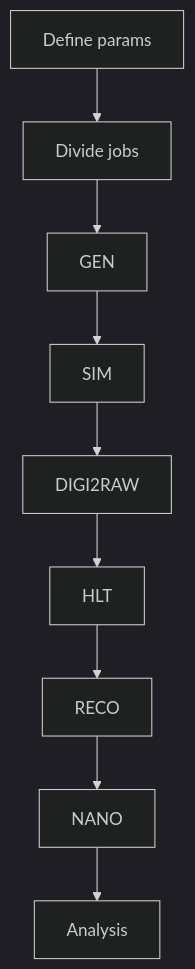
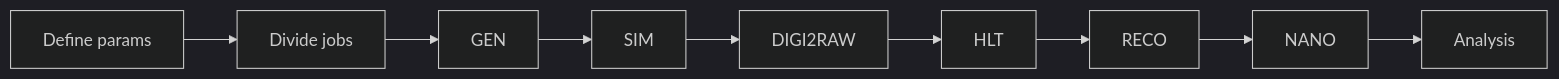
Before and after one commit to cms-opendata-workshop/tutorial-lesson-full-simulation-cloud-infomaniak: the first of 2 diagrams in content/episodes/01-introduction/index.md, drawn with Mermaid (dark theme). The commit also changed other lines of this file and 7 other files, not shown here.

````diff
--- a/content/episodes/01-introduction/index.md
+++ b/content/episodes/01-introduction/index.md
@@ -37,11 +31,11 @@
 ```mermaid
-flowchart TD
+flowchart LR
     A[Define params] --> B[Divide jobs]
     B --> C[GEN]
     C --> D[SIM]
     D --> E[DIGI2RAW]
     E --> F[HLT]
     F --> G[RECO]
     G --> H[NANO]
     H --> I[Analysis]
 ```
````
